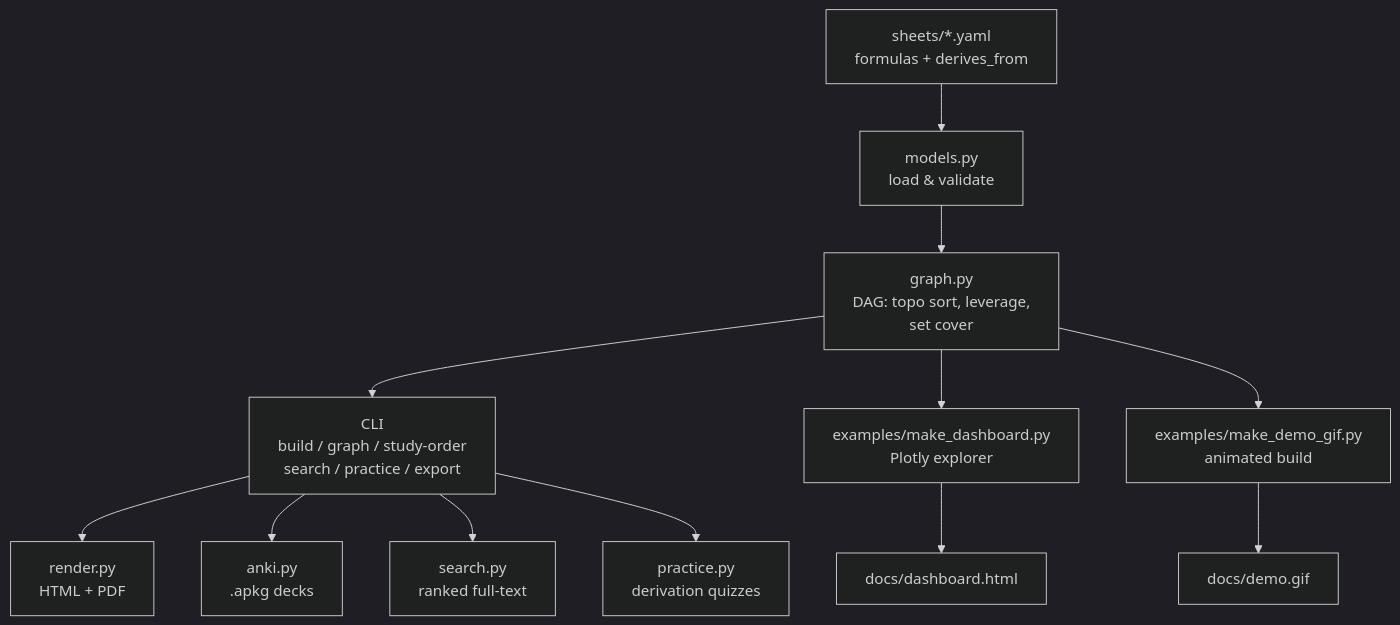
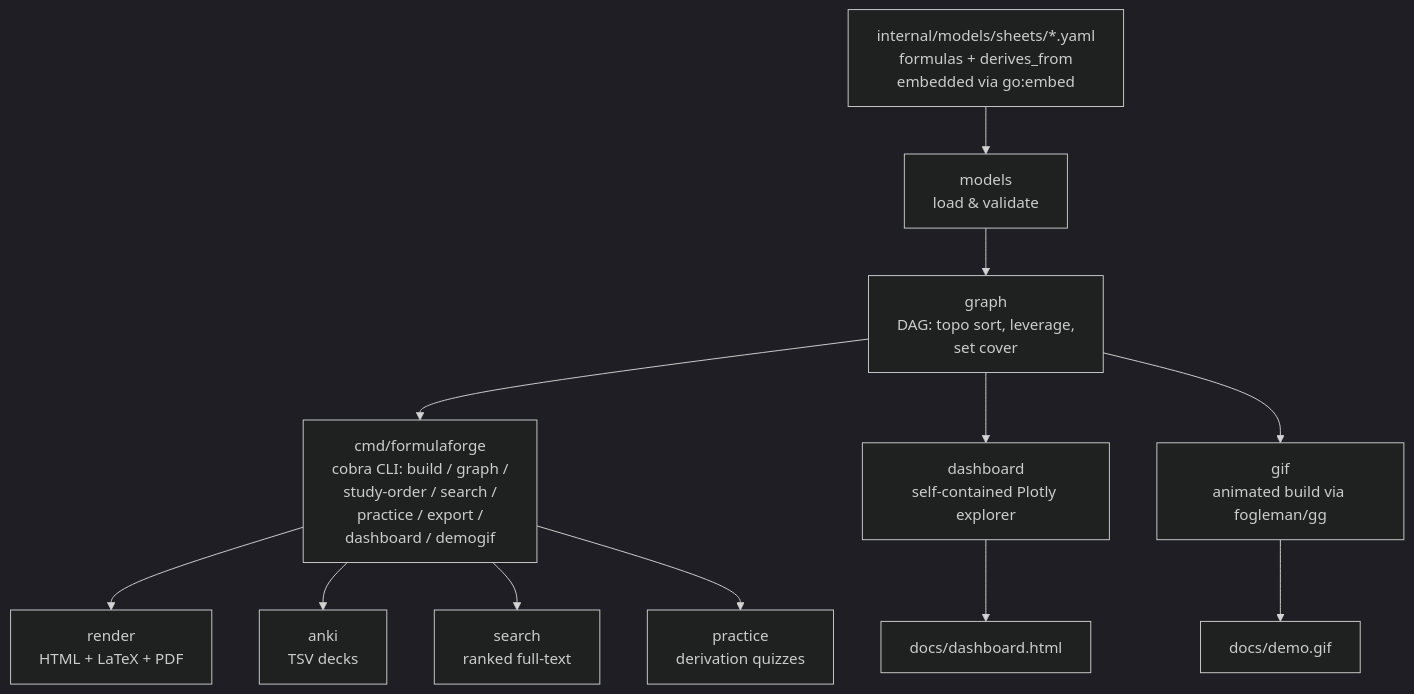
The diagram in README.md (FaiyazEnayet/formulaforge), drawn with Mermaid (dark theme) before and after one commit. The commit also changed other lines of this file and 13 other files, not shown here.

````diff
--- a/README.md
+++ b/README.md
@@ -87,14 +91,14 @@
 ```mermaid
 graph TD
-    A[sheets/*.yaml<br/>formulas + derives_from] --> B[models.py<br/>load & validate]
-    B --> C[graph.py<br/>DAG: topo sort, leverage,<br/>set cover]
-    C --> D[CLI<br/>build / graph / study-order<br/>search / practice / export]
-    D --> E[render.py<br/>HTML + PDF]
-    D --> F[anki.py<br/>.apkg decks]
-    D --> G[search.py<br/>ranked full-text]
-    D --> H[practice.py<br/>derivation quizzes]
-    C --> I[examples/make_dashboard.py<br/>Plotly explorer]
-    C --> J[examples/make_demo_gif.py<br/>animated build]
+    A[internal/models/sheets/*.yaml<br/>formulas + derives_from<br/>embedded via go:embed] --> B[models<br/>load & validate]
+    B --> C[graph<br/>DAG: topo sort, leverage,<br/>set cover]
+    C --> D[cmd/formulaforge<br/>cobra CLI: build / graph /<br/>study-order / search /<br/>practice / export /<br/>dashboard / demogif]
+    D --> E[render<br/>HTML + LaTeX + PDF]
+    D --> F[anki<br/>TSV decks]
+    D --> G[search<br/>ranked full-text]
+    D --> H[practice<br/>derivation quizzes]
+    C --> I[dashboard<br/>self-contained Plotly explorer]
+    C --> J[gif<br/>animated build via fogleman/gg]
     I --> K[docs/dashboard.html]
     J --> L[docs/demo.gif]
 ```
````
